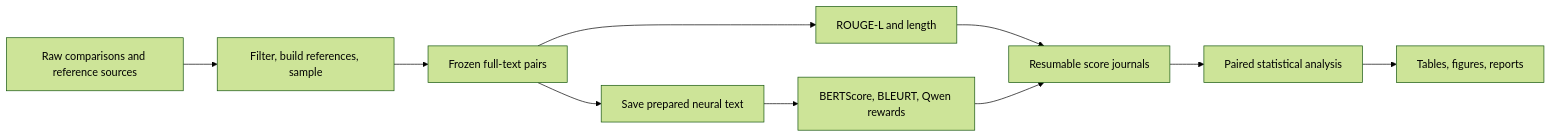
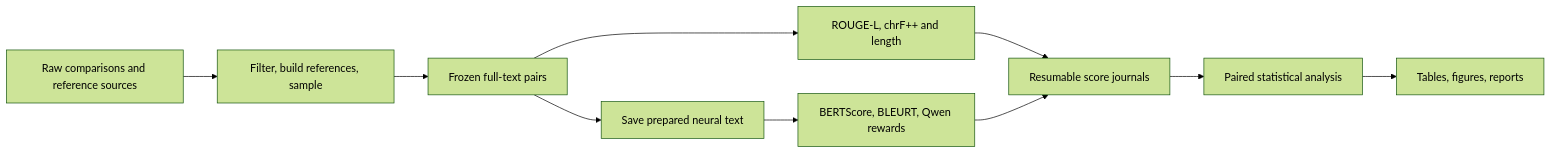
The diagram in docs/technical_overview.md (JakobJBauer/non-verifiable-rewards), drawn with Mermaid (forest theme) before and after one commit. The commit also changed other lines of this file and 11 other files, not shown here.

````diff
--- a/docs/technical_overview.md
+++ b/docs/technical_overview.md
@@ -42,12 +42,12 @@
 ```mermaid
 flowchart LR
     A[Raw comparisons and reference sources] --> B[Filter, build references, sample]
     B --> C[Frozen full-text pairs]
-    C --> D[ROUGE-L and length]
+    C --> D[ROUGE-L, chrF++ and length]
     C --> E[Save prepared neural text]
     E --> F[BERTScore, BLEURT, Qwen rewards]
     D --> G[Resumable score journals]
     F --> G
     G --> H[Paired statistical analysis]
     H --> I[Tables, figures, reports]
 ```
````
